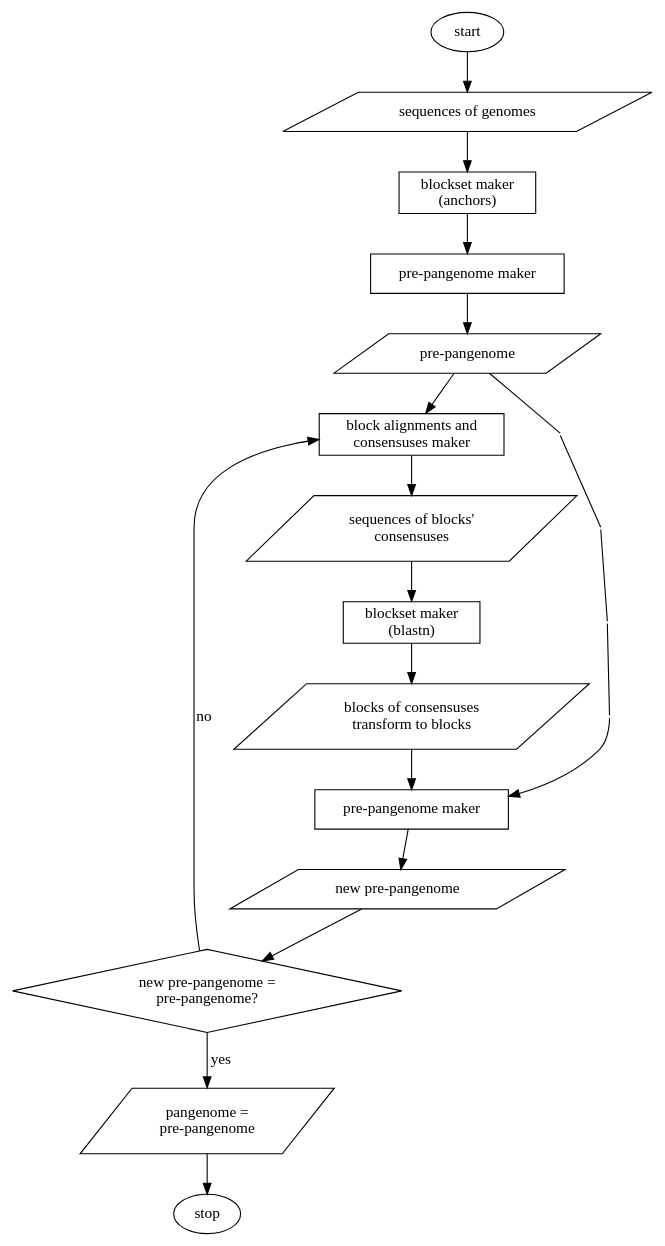
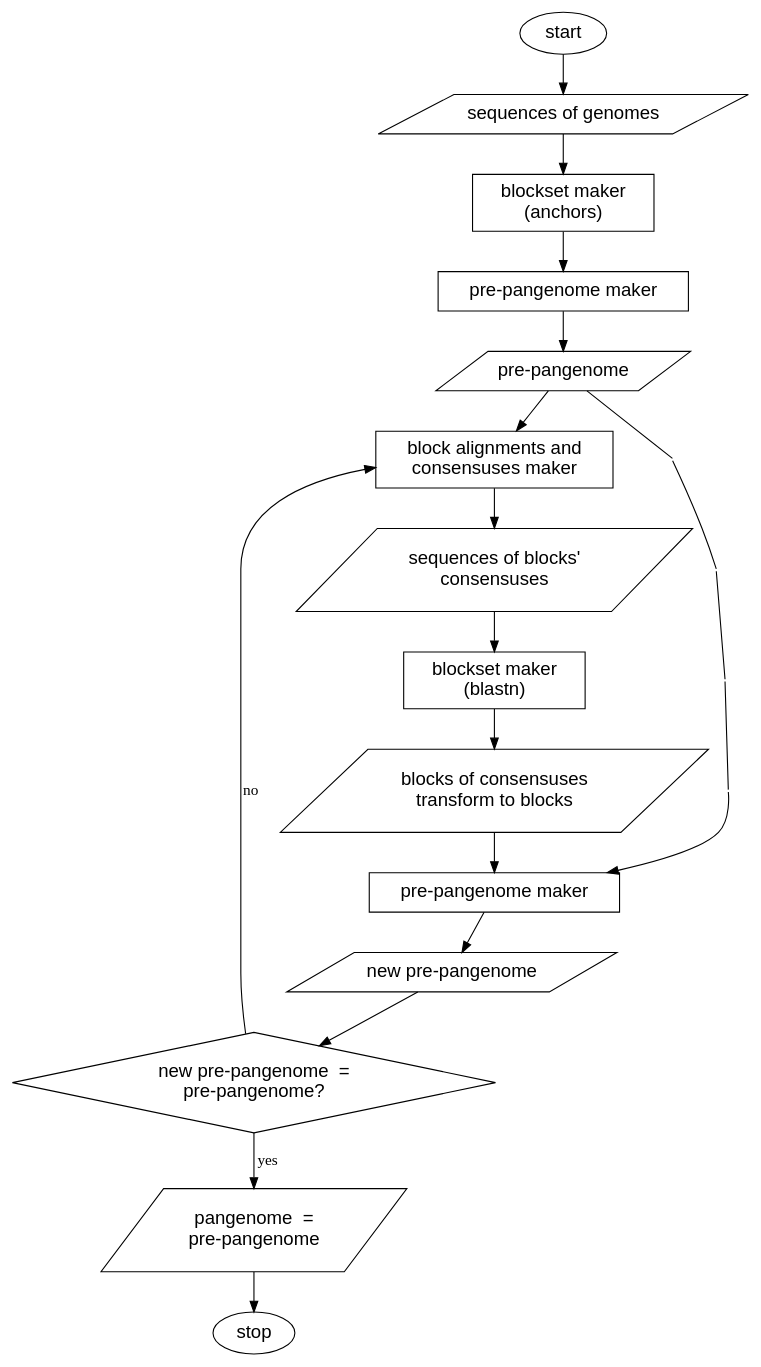
Before and after one commit to npge/npge: the diagram in doc/img/algorithm.dot, drawn with Graphviz.

Commit message:
algorithm.dot: improve appearance

```diff
--- a/doc/img/algorithm.dot
+++ b/doc/img/algorithm.dot
@@ -1,55 +1,123 @@
 digraph G {
-    start [shape=ellipse, pos="3,5.3!"];
-    input [shape=parallelogram, label="sequences of genomes", pos="6,5.3!"];
-    anchors [shape=sdl_call, label="blockset maker\n(anchors)", pos="6,4.3!"];
-    prepangmaker [shape=sdl_call, label="pre-pangenome maker", pos="9.5,4.3!"];
-    prepangenome [shape=parallelogram, label="pre-pangenome", pos="13,4.3!"];
+    node [
+        fontsize = 17
+        fontname = "helvetica"
+    ];
 
-    align_and_consensus [shape=sdl_call,
-        label="block alignments and\nconsensuses maker", pos="13,3.3!"];
-    consensuses [shape=parallelogram, margin="0,0",
-        label="sequences of blocks'\nconsensuses", pos="13,1!"];
-    blastn [shape=sdl_call,
-        label="blockset maker\n(blastn)", pos="8,1!"];
-    hits [shape=parallelogram, margin="0,0",
-        label="blocks of consensuses\n transform to blocks", pos="3,1!"];
-    prepangmaker2 [shape=sdl_call,
-        label="pre-pangenome maker", pos="3,2!"];
-    prepangenome2 [shape=parallelogram,
-        label="new pre-pangenome", pos="8,2!"];
+    start [
+        shape = ellipse
+        pos = "3,5.3!"
+    ];
+    input [
+        shape = parallelogram
+        label = "sequences of genomes"
+        pos = "6,5.3!"
+        sep = "+0,0"
+        margin = "0,0"
+    ];
+    anchors [
+        shape = sdl_call
+        label = "blockset maker\n(anchors)"
+        pos = "6,4.3!"
+        margin = "0.25,0.1"
+    ];
+    prepangmaker [
+        shape = sdl_call
+        label = "pre-pangenome maker"
+        pos = "9.7,4.3!"
+        margin = "0.25,0.1"
+    ];
+    prepangenome [
+        shape = parallelogram
+        label = "pre-pangenome"
+        pos = "13,4.3!"
+        sep = "+0,0"
+        margin = "0,0"
+    ];
 
-    was_changed [shape=diamond,
-        label="new pre-pangenome =\npre-pangenome?", pos="8,3.3!"];
-    pangenome [shape=parallelogram, margin="0,0",
-        label="pangenome =\npre-pangenome", pos="3,3.3!"];
-    stop [shape=ellipse, pos="3,4.5!"];
+    align_and_consensus [
+        shape = sdl_call
+        label = "block alignments and\nconsensuses maker"
+        pos = "13,3.3!"
+        margin = "0.25,0.1"
+    ];
+    consensuses [
+        shape = parallelogram
+        label = "sequences of blocks'\nconsensuses"
+        pos = "13,1!"
+        sep = "+0,0"
+        margin = "0,0"
+    ];
+    blastn [
+        shape = sdl_call
+        label = "blockset maker\n(blastn)"
+        pos = "8,1!"
+        margin = "0.25,0.1"
+    ];
+    hits [
+        shape = parallelogram
+        label = "blocks of consensuses\n transform to blocks"
+        pos = "3.3,1!"
+        sep = "+0,0"
+        margin = "0,0"
+    ];
+    prepangmaker2 [
+        shape = sdl_call
+        label = "pre-pangenome maker"
+        pos = "3.3,2.1!"
+        margin = "0.25,0.1"
+    ];
+    prepangenome2 [
+        shape = parallelogram
+        label = "new pre-pangenome"
+        pos = "8,2.1!"
+        sep = "+0,0"
+        margin = "0,0"
+    ];
+
+    was_changed [
+        shape = diamond
+        label = "new pre-pangenome  = \npre-pangenome?"
+        pos = "8,3.3!"
+    ];
+    pangenome [
+        shape = parallelogram
+        label = "pangenome  = \npre-pangenome"
+        pos = "3,3.3!"
+        sep = "+0,0"
+        margin = "0,0"
+    ];
+    stop [
+        shape = ellipse
+        pos = "3,4.5!"
+    ];
 
     start -> input;
     input -> anchors;
     anchors -> prepangmaker;
     prepangmaker -> prepangenome;
     prepangenome -> align_and_consensus;
     align_and_consensus -> consensuses;
     consensuses -> blastn;
     blastn -> hits;
     hits -> prepangmaker2;
     prepangmaker2 -> prepangenome2;
     prepangenome2 -> was_changed;
-    was_changed -> align_and_consensus [label="no"];
-    was_changed -> pangenome [label="yes"];
+    was_changed -> align_and_consensus [label = "no"];
+    was_changed -> pangenome [label = "yes"];
     pangenome -> stop;
 
     // long edge
-    node[shape=none, width=0, height=0, label=""];
-    le1 [pos="15.5,4.3!"];
-    le2 [pos="15.5,0!"];
-    le3 [pos="0.5,0!"];
-    le4 [pos="0.5,2!"];
-    edge[dir=none];
+    node[shape = none, width = 0, height = 0, label = ""];
+    le1 [pos = "15.5,4.3!"];
+    le2 [pos = "15.5,0!"];
+    le3 [pos = "0.5,0!"];
+    le4 [pos = "0.5,2.1!"];
+    edge[dir = none];
     prepangenome -> le1;
     le1 -> le2;
     le2 -> le3;
     le3 -> le4;
-    edge[dir=forward];
+    edge[dir = forward];
     le4 -> prepangmaker2
 }
```
